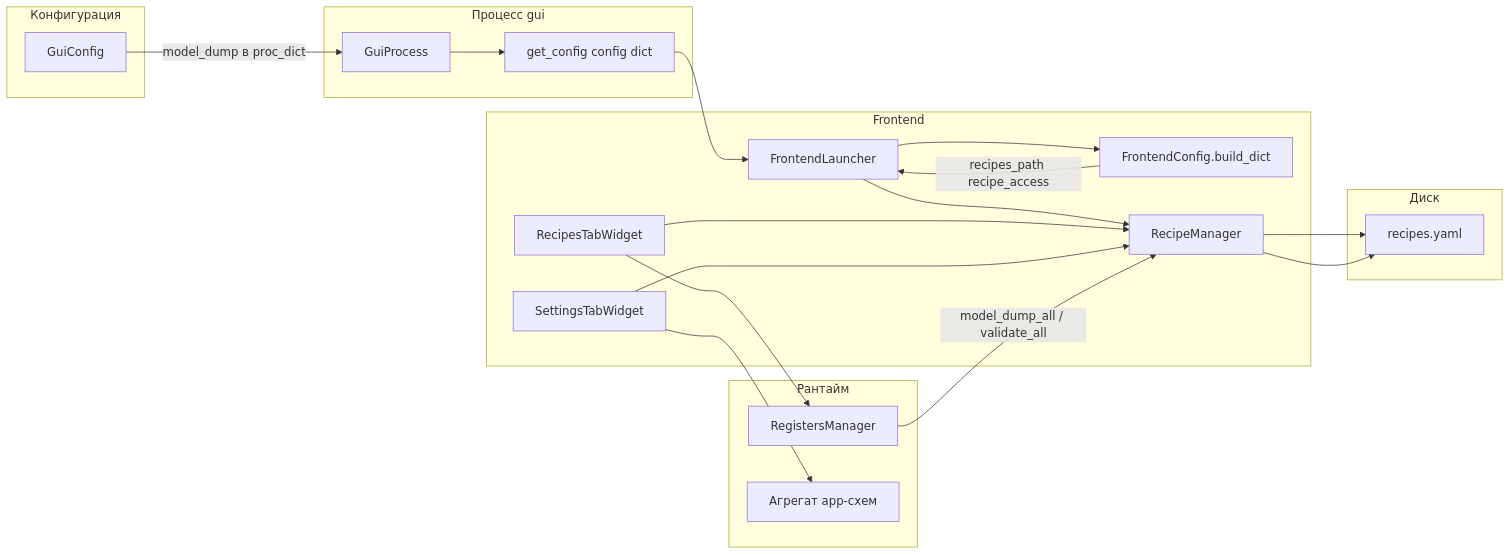
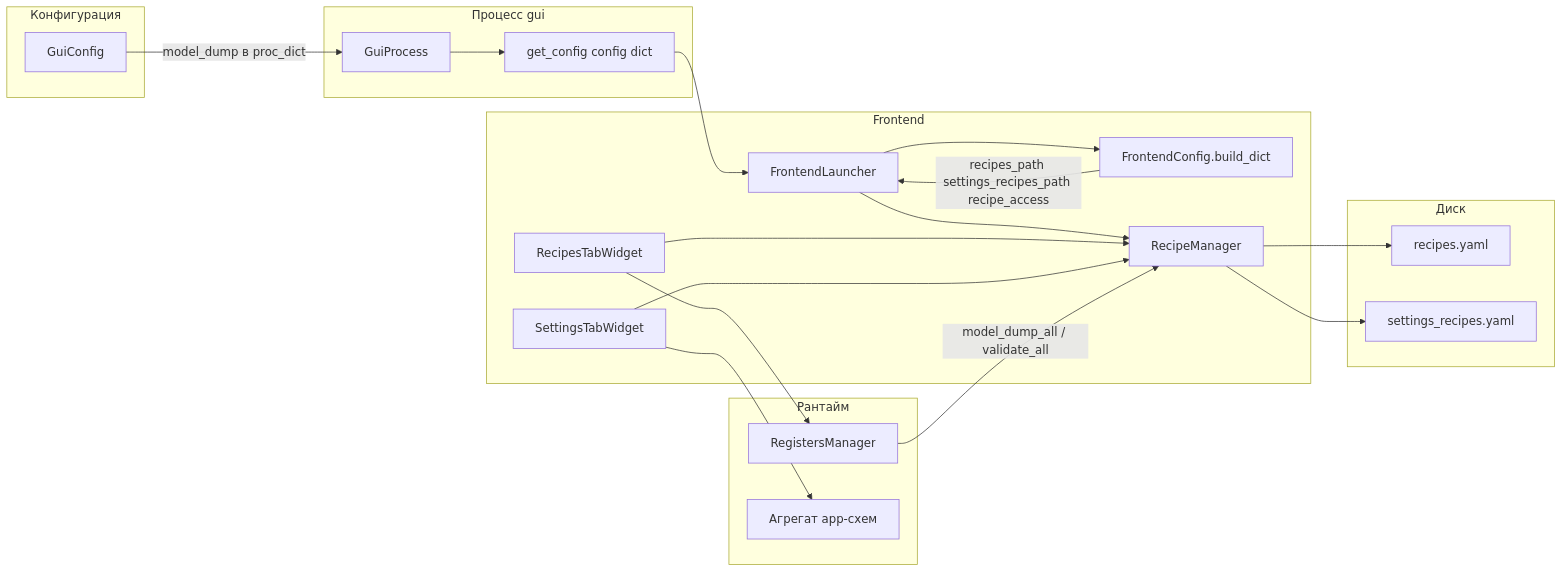
The diagram in Inspector_prototype/multiprocess_prototype/docs/RECIPES_SYSTEM.md (TWOKRAI/Inspector_bottles), drawn with Mermaid before and after one commit. The commit also changed other lines of this file and 41 other files, not shown here.

First line of the commit message:
feat: implement dual YAML file structure for recipes and settings

````diff
--- a/Inspector_prototype/multiprocess_prototype/docs/RECIPES_SYSTEM.md
+++ b/Inspector_prototype/multiprocess_prototype/docs/RECIPES_SYSTEM.md
@@ -21,38 +23,39 @@
 ```mermaid
 flowchart LR
   subgraph cfg [Конфигурация]
     GC[GuiConfig]
   end
   subgraph proc [Процесс gui]
     GP[GuiProcess]
     app_cfg["get_config config dict"]
   end
   subgraph fe [Frontend]
     FL[FrontendLauncher]
     FC[FrontendConfig.build_dict]
     RM[RecipeManager]
     TW[RecipesTabWidget]
     SW[SettingsTabWidget]
   end
   subgraph runtime [Рантайм]
     RegMgr[RegistersManager]
     app_agg[Агрегат app-схем]
   end
   subgraph disk [Диск]
-    YAML[recipes.yaml]
+    RY[recipes.yaml]
+    SY[settings_recipes.yaml]
   end
 
   GC -->|"model_dump в proc_dict"| GP
   GP --> app_cfg
   app_cfg --> FL
   FL --> FC
-  FC -->|"recipes_path recipe_access"| FL
+  FC -->|"recipes_path settings_recipes_path recipe_access"| FL
   FL --> RM
-  RM --> YAML
+  RM --> RY
+  RM --> SY
   TW --> RegMgr
   TW --> RM
   SW --> app_agg
   SW --> RM
-  RM --> YAML
   RegMgr -->|"model_dump_all / validate_all"| RM
 ```
````
